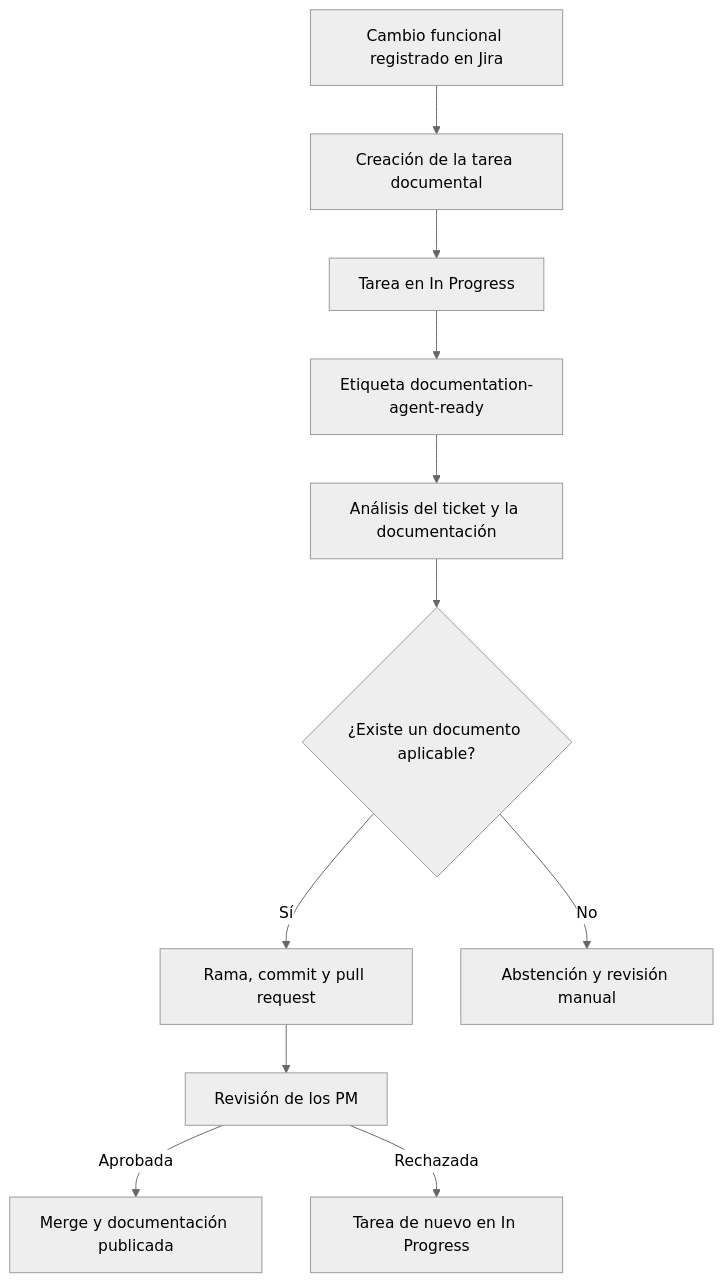
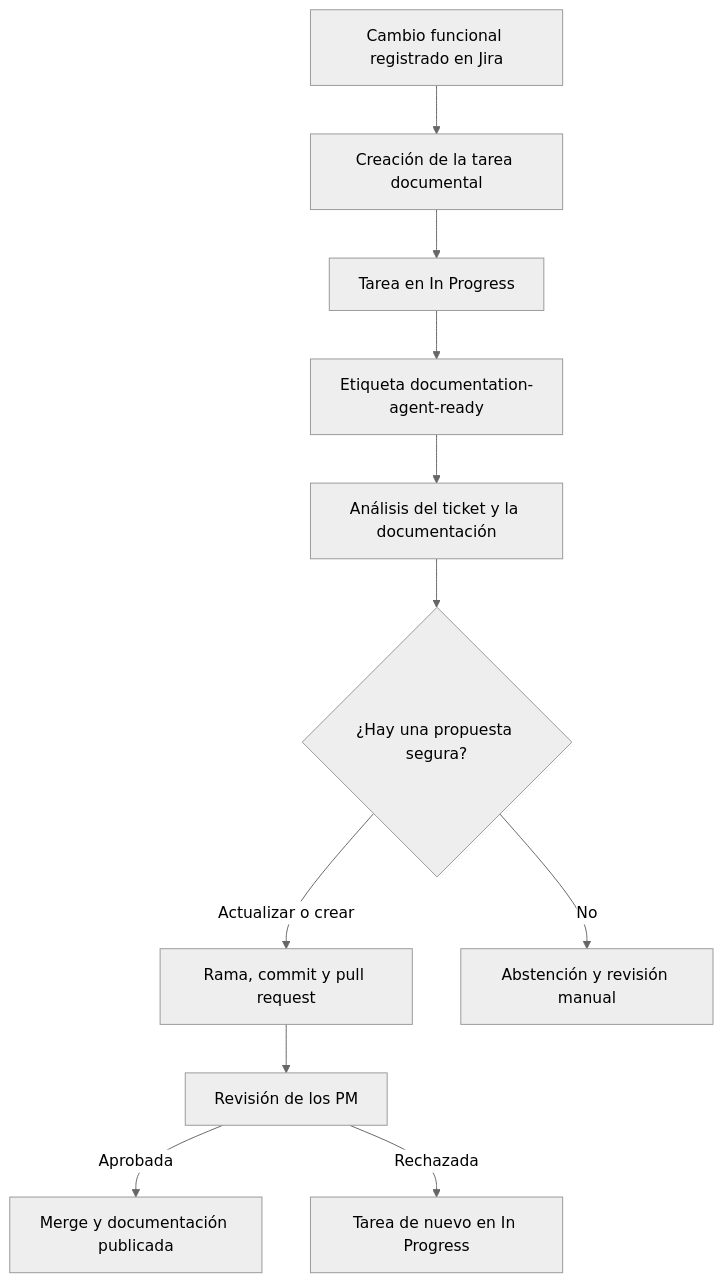
One commit to documentation-poc-Beedigital/documentation-poc changed the diagram in project-docs/flujo-agente-documentacion.md. Above: the diagram before and after it, drawn with Mermaid (neutral theme). The commit also changed other lines of this file and 13 other files, not shown here.

````diff
--- a/project-docs/flujo-agente-documentacion.md
+++ b/project-docs/flujo-agente-documentacion.md
@@ -18,13 +18,13 @@
 ```mermaid
 flowchart TD
     A["Cambio funcional registrado en Jira"] --> B["Creación de la tarea documental"]
     B --> C["Tarea en In Progress"]
     C --> D["Etiqueta documentation-agent-ready"]
     D --> E["Análisis del ticket y la documentación"]
-    E --> F{"¿Existe un documento aplicable?"}
-    F -->|Sí| G["Rama, commit y pull request"]
+    E --> F{"¿Hay una propuesta segura?"}
+    F -->|Actualizar o crear| G["Rama, commit y pull request"]
     F -->|No| H["Abstención y revisión manual"]
     G --> I["Revisión de los PM"]
     I -->|Aprobada| J["Merge y documentación publicada"]
     I -->|Rechazada| K["Tarea de nuevo en In Progress"]
 ```
````
